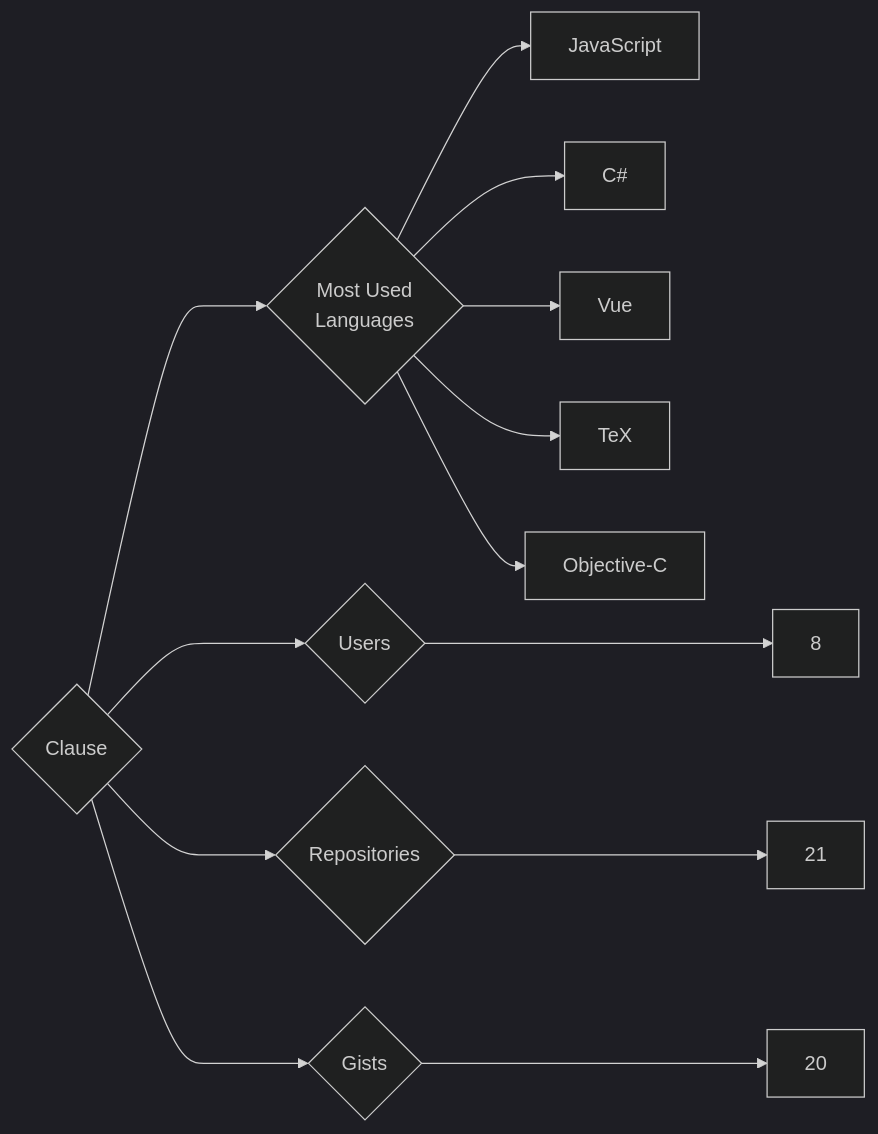
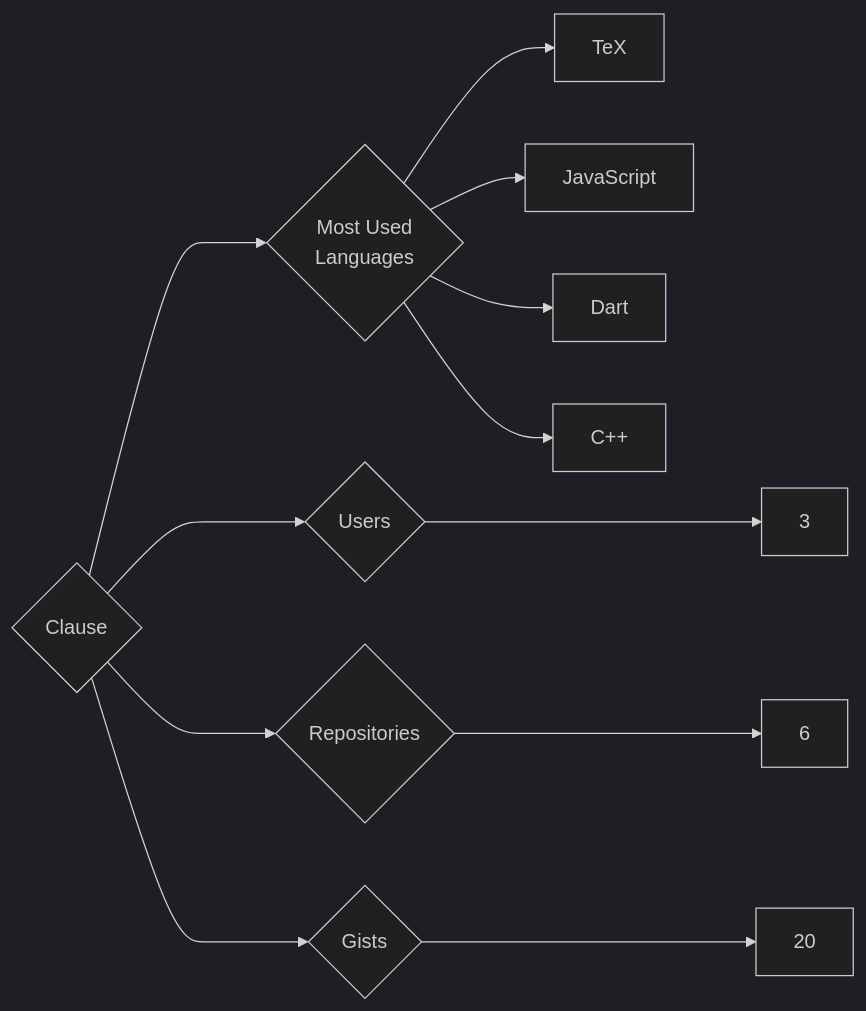
The diagram in targets/Clause/README.md (trickest/insiders), drawn with Mermaid (dark theme) before and after one commit. The commit also changed 861 other files, not shown here.

````diff
--- a/targets/Clause/README.md
+++ b/targets/Clause/README.md
@@ -3,13 +3,12 @@
 ```mermaid
 graph LR
 COMPANY_NAME{Clause}
-COMPANY_NAME ---> U{Users} ---> UN[8]
-COMPANY_NAME ---> R{Repositories} ---> RN[21]
+COMPANY_NAME ---> U{Users} ---> UN[3]
+COMPANY_NAME ---> R{Repositories} ---> RN[6]
 COMPANY_NAME ---> G{Gists} ---> GN[20]
 COMPANY_NAME ---> ML{Most Used<br>Languages}
+ML --> TeX[TeX]
 ML --> JavaScript[JavaScript]
-ML --> C#[C#]
-ML --> Vue[Vue]
-ML --> TeX[TeX]
-ML --> Objective-C[Objective-C]
+ML --> Dart[Dart]
+ML --> C++[C++]
 ```
````
